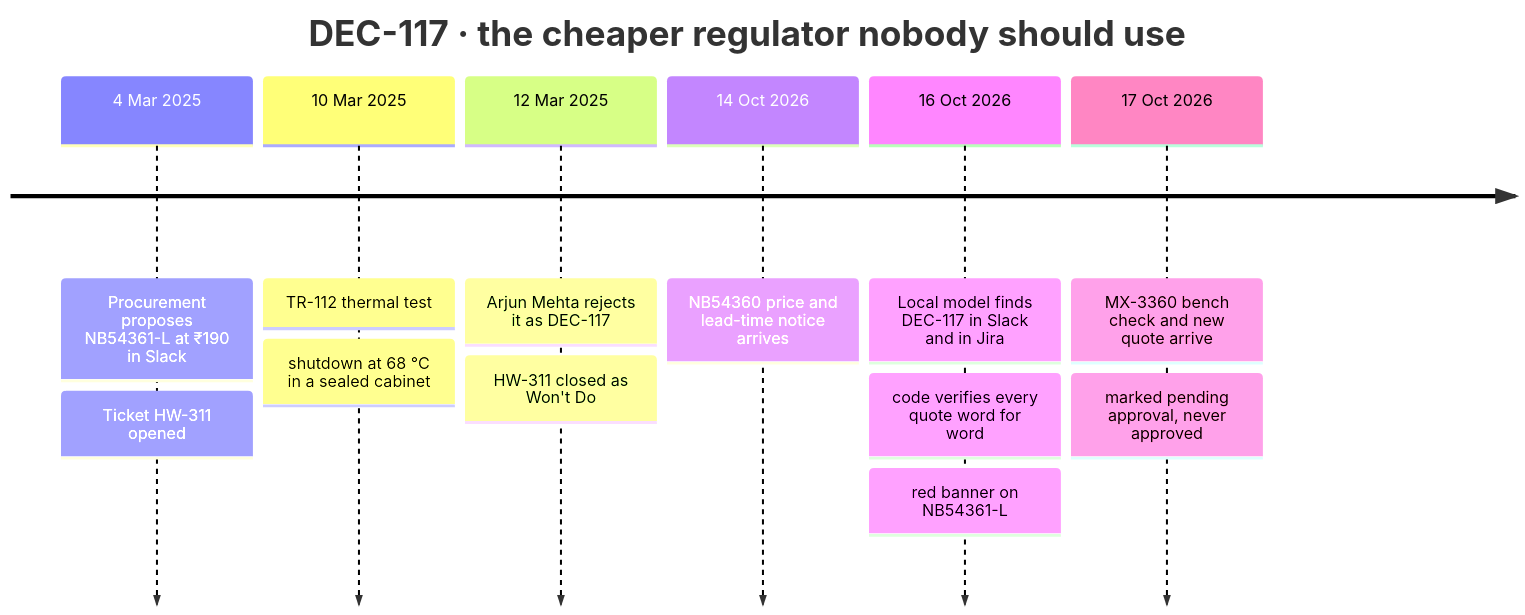
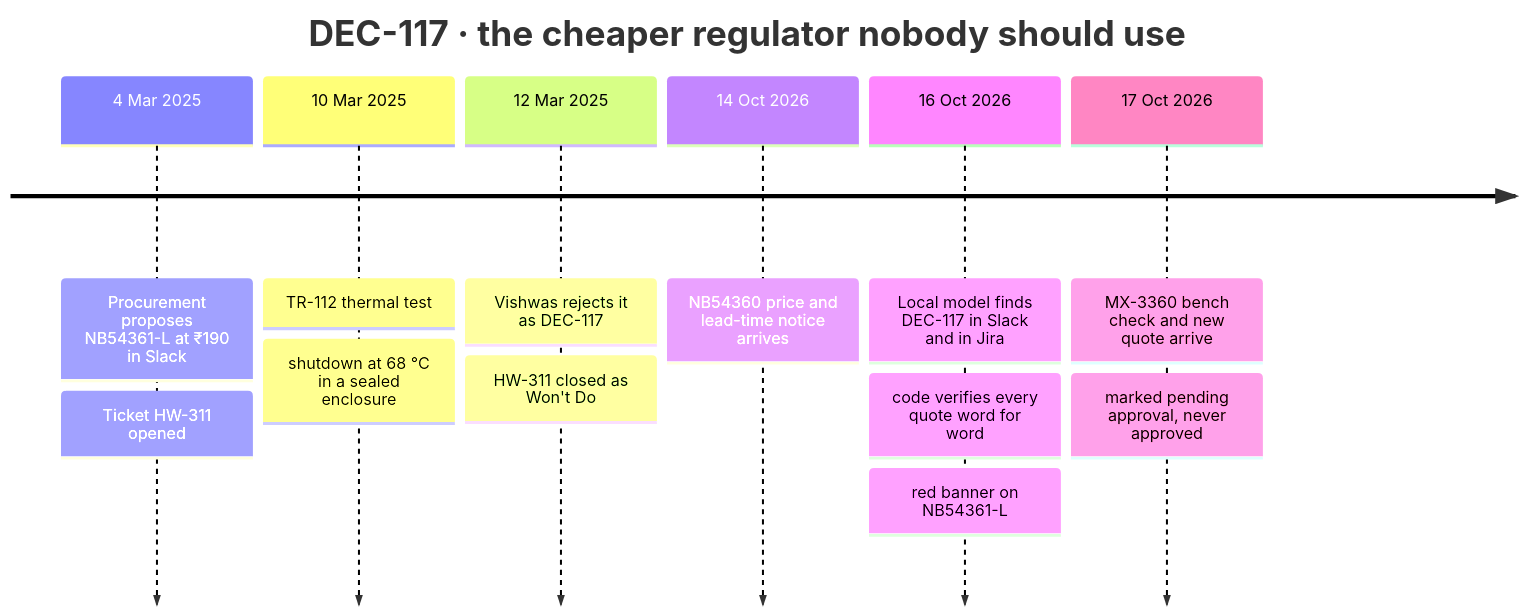
Before and after one commit to SaiSiddharthBS/Neura1: the sixth of 6 diagrams in README.md, drawn with Mermaid. The commit also changed other lines of this file and 158 other files, not shown here.

````diff
--- a/README.md
+++ b/README.md
@@ -383,16 +401,16 @@
 ```mermaid
 timeline
     title DEC-117 · the cheaper regulator nobody should use
     4 Mar 2025 : Procurement proposes NB54361-L at ₹190 in Slack
                : Ticket HW-311 opened
     10 Mar 2025 : TR-112 thermal test
-                : shutdown at 68 °C in a sealed cabinet
-    12 Mar 2025 : Arjun Mehta rejects it as DEC-117
+                : shutdown at 68 °C in a sealed enclosure
+    12 Mar 2025 : Vishwas rejects it as DEC-117
                 : HW-311 closed as Won't Do
     14 Oct 2026 : NB54360 price and lead-time notice arrives
     16 Oct 2026 : Local model finds DEC-117 in Slack and in Jira
                 : code verifies every quote word for word
                 : red banner on NB54361-L
     17 Oct 2026 : MX-3360 bench check and new quote arrive
                 : marked pending approval, never approved
 ```
````
